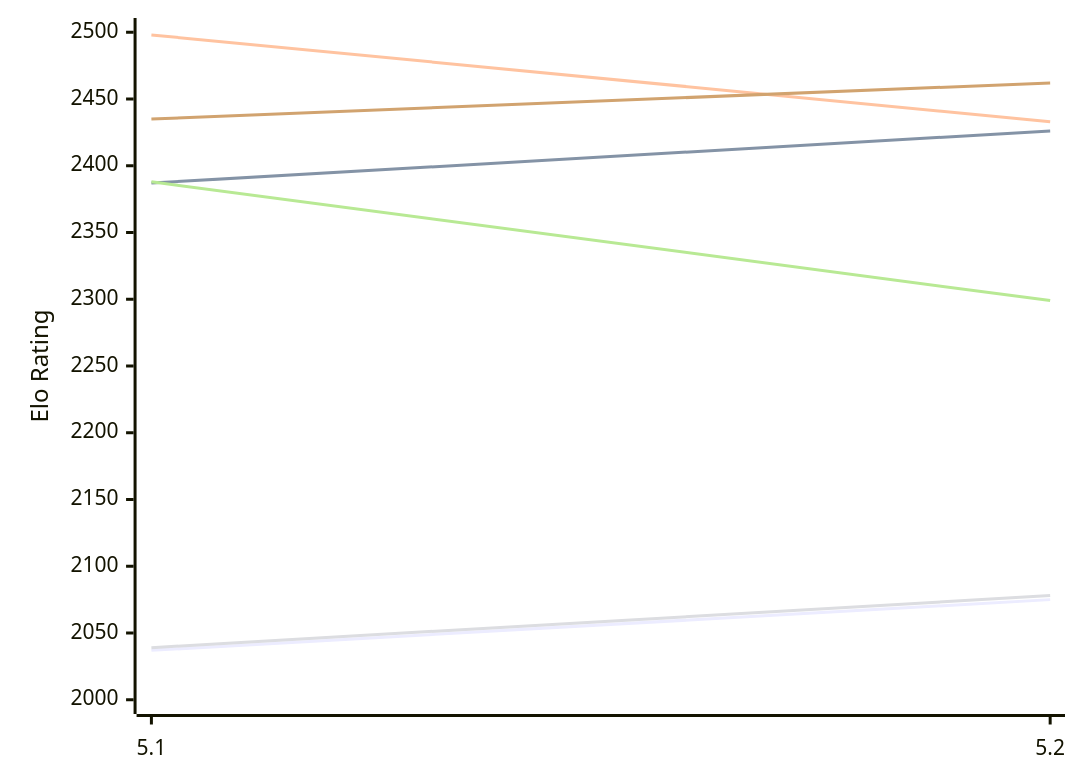
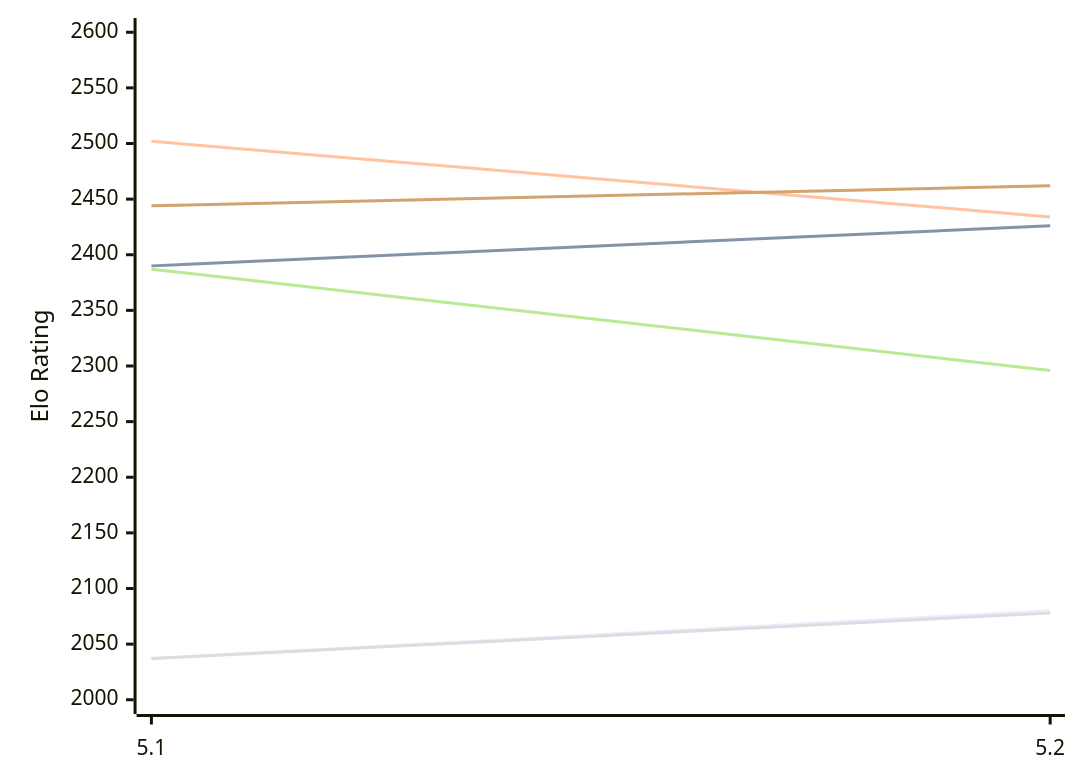
The first of 2 diagrams in engines/Prophet.md (computer-chess-index/cci), drawn with Mermaid before and after one commit. The commit also changed other lines of this file, not shown here.

Commit message:
Update CCI Ratings (ELO VLTC) - 2026-11-22

````diff
--- a/engines/Prophet.md
+++ b/engines/Prophet.md
@@ -50,12 +50,12 @@
 ```mermaid
 %%{init: {"theme":"base","themeVariables":{"seriesColors:['#a3a3a3','#222221','#faa371']}}}%%
 xychart-beta
   x-axis ["5.1", "5.2"]
-  y-axis "Elo Rating" 2000 --> 2500
-  line "E1: STC (8.0+0.08s)" [2037, 2075]
-  line "E1: LTC (60.0+0.60s)" [2387, 2426]
-  line "E1: VLTC (2m24s+1.12s)" [2498, 2433]
-  line "P1: STC (8.0+0.08s)" [2039, 2078]
-  line "P1: LTC (60.0+0.60s)" [2388, 2299]
-  line "P1: VLTC (2m24s+1.12s)" [2435, 2462]
+  y-axis "Elo Rating" 2000 --> 2600
+  line "E1: STC (8.0+0.08s)" [2037, 2080]
+  line "E1: LTC (60.0+0.60s)" [2390, 2426]
+  line "E1: VLTC (2m24s+1.12s)" [2502, 2434]
+  line "P1: STC (8.0+0.08s)" [2037, 2078]
+  line "P1: LTC (60.0+0.60s)" [2387, 2296]
+  line "P1: VLTC (2m24s+1.12s)" [2444, 2462]
 ```
````
